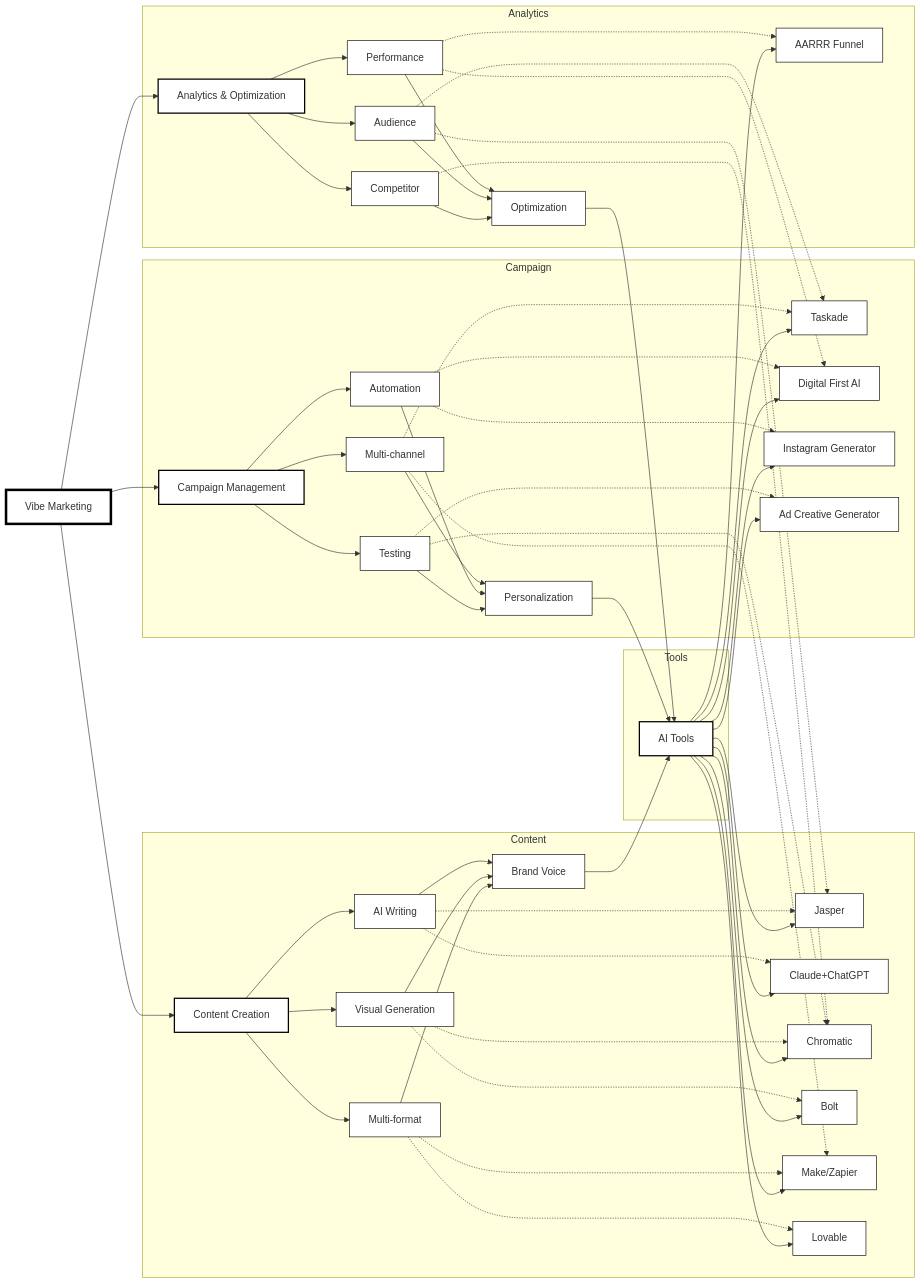
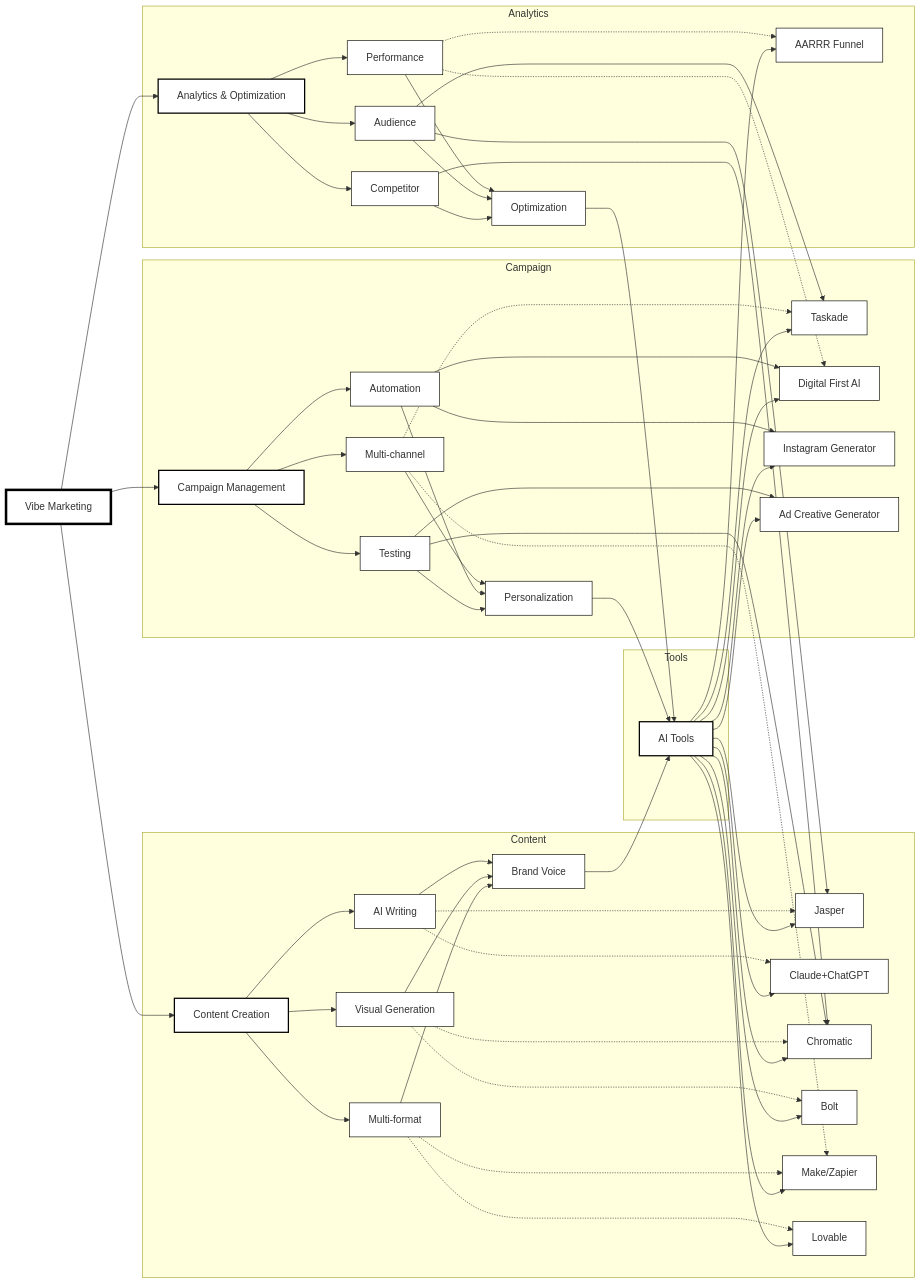
One commit to zhutoutoutousan/awesome-vibe-anything changed the diagram in README.md. Above: the diagram before and after it, drawn with Mermaid. The commit also changed other lines of this file and 1 other file, not shown here.

```diff
--- a/README.md
+++ b/README.md
@@ -190,10 +213,10 @@
         C3 --> C4
         C1 -.-> E4[Make/Zapier]
         C1 -.-> E7[Taskade]
-        C2 -.-> E1[Digital First AI]
-        C2 -.-> E9[Instagram Generator]
-        C3 -.-> E3[Chromatic]
-        C3 -.-> E10[Ad Creative Generator]
+        C2 --> E1[Digital First AI]
+        C2 --> E9[Instagram Generator]
+        C3 --> E3[Chromatic]
+        C3 --> E10[Ad Creative Generator]
     end
 
     subgraph Analytics
@@ -205,9 +228,9 @@
         D3 --> D4
         D1 -.-> E1[Digital First AI]
         D1 -.-> E11[AARRR Funnel]
-        D2 -.-> E2[Jasper]
-        D2 -.-> E7[Taskade]
-        D3 -.-> E3[Chromatic]
+        D2 --> E2[Jasper]
+        D2 --> E7[Taskade]
+        D3 --> E3[Chromatic]
     end
 
     B4 --> E[AI Tools]
```
